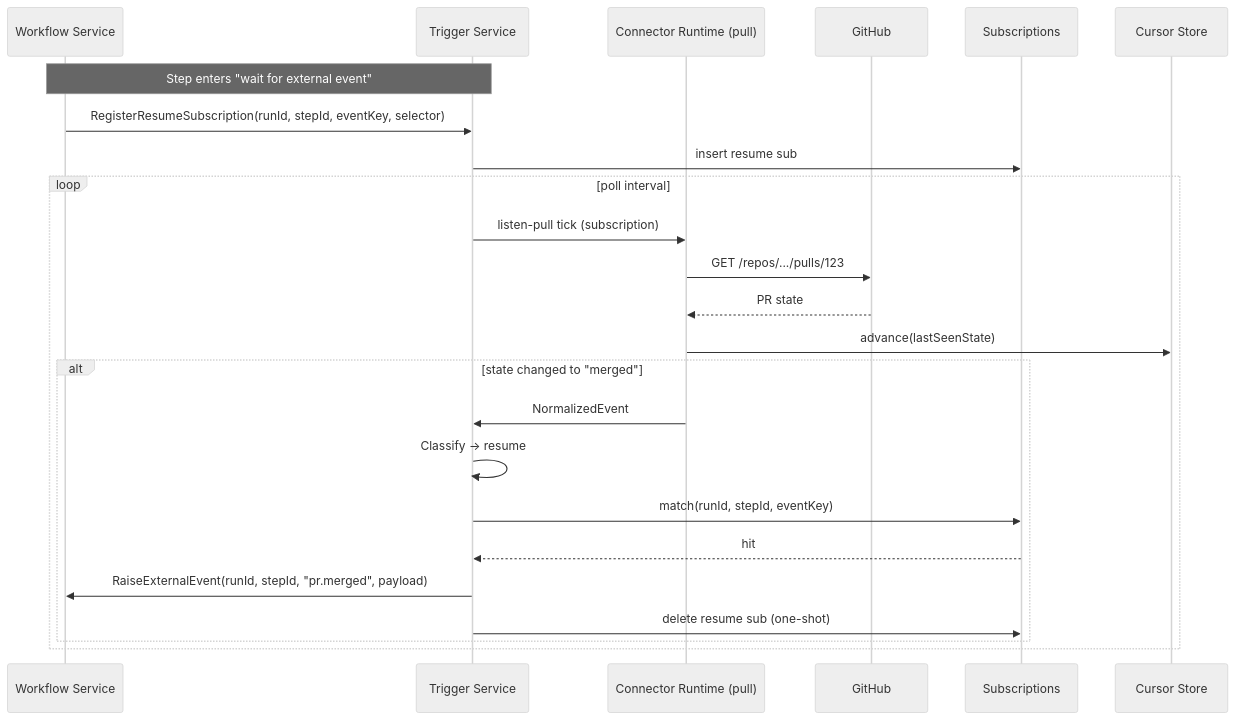
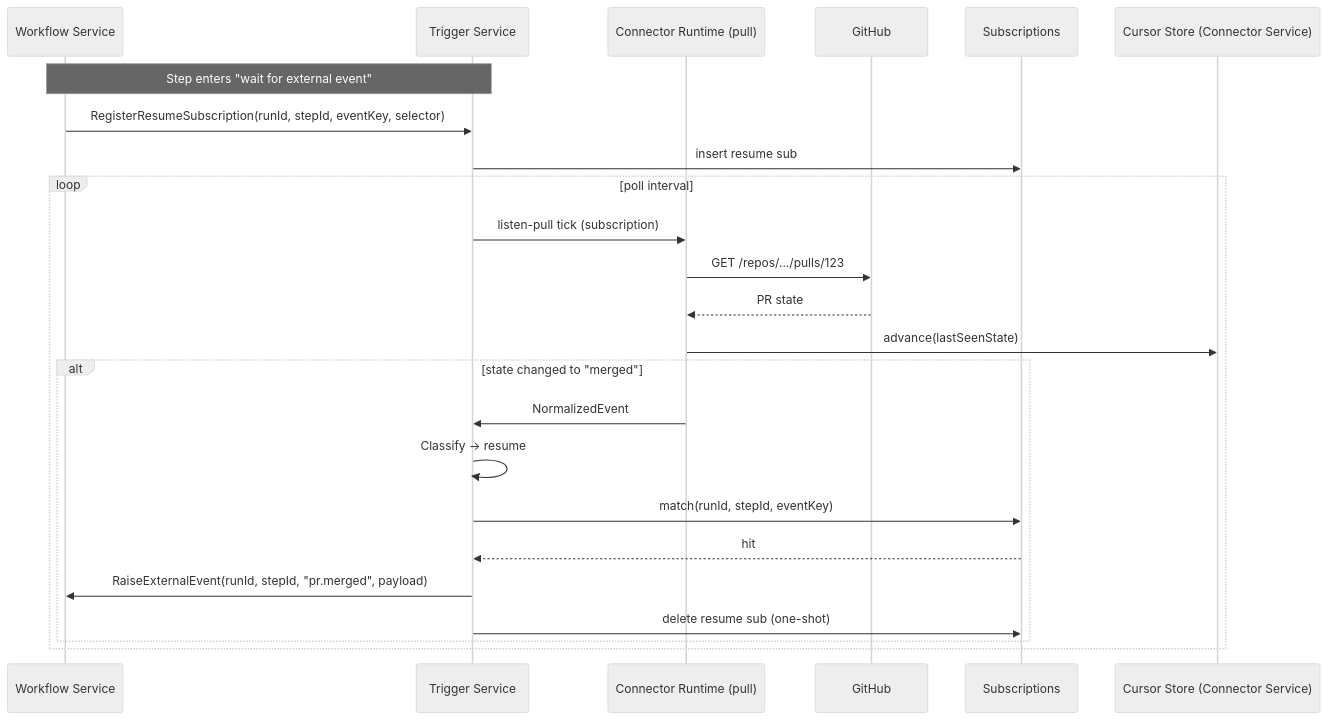
The fourth of 6 diagrams in design/components/trigger-service/design.md (toddysm/custos), drawn with Mermaid (neutral theme) before and after one commit. The commit also changed other lines of this file and 8 other files, not shown here.

````diff
--- a/design/components/trigger-service/design.md
+++ b/design/components/trigger-service/design.md
@@ -147,28 +147,28 @@
 ```mermaid
 sequenceDiagram
     participant WF as Workflow Service
     participant TS as Trigger Service
     participant CR as Connector Runtime (pull)
     participant GH as GitHub
     participant Subs as Subscriptions
-    participant Cursor as Cursor Store
+    participant Cursor as Cursor Store (Connector Service)
 
     Note over WF,TS: Step enters "wait for external event"
     WF->>TS: RegisterResumeSubscription(runId, stepId, eventKey, selector)
     TS->>Subs: insert resume sub
 
     loop poll interval
         TS->>CR: listen-pull tick (subscription)
         CR->>GH: GET /repos/.../pulls/123
         GH-->>CR: PR state
         CR->>Cursor: advance(lastSeenState)
         alt state changed to "merged"
             CR->>TS: NormalizedEvent
             TS->>TS: Classify -> resume
             TS->>Subs: match(runId, stepId, eventKey)
             Subs-->>TS: hit
             TS->>WF: RaiseExternalEvent(runId, stepId, "pr.merged", payload)
             TS->>Subs: delete resume sub (one-shot)
         end
     end
 ```
````
